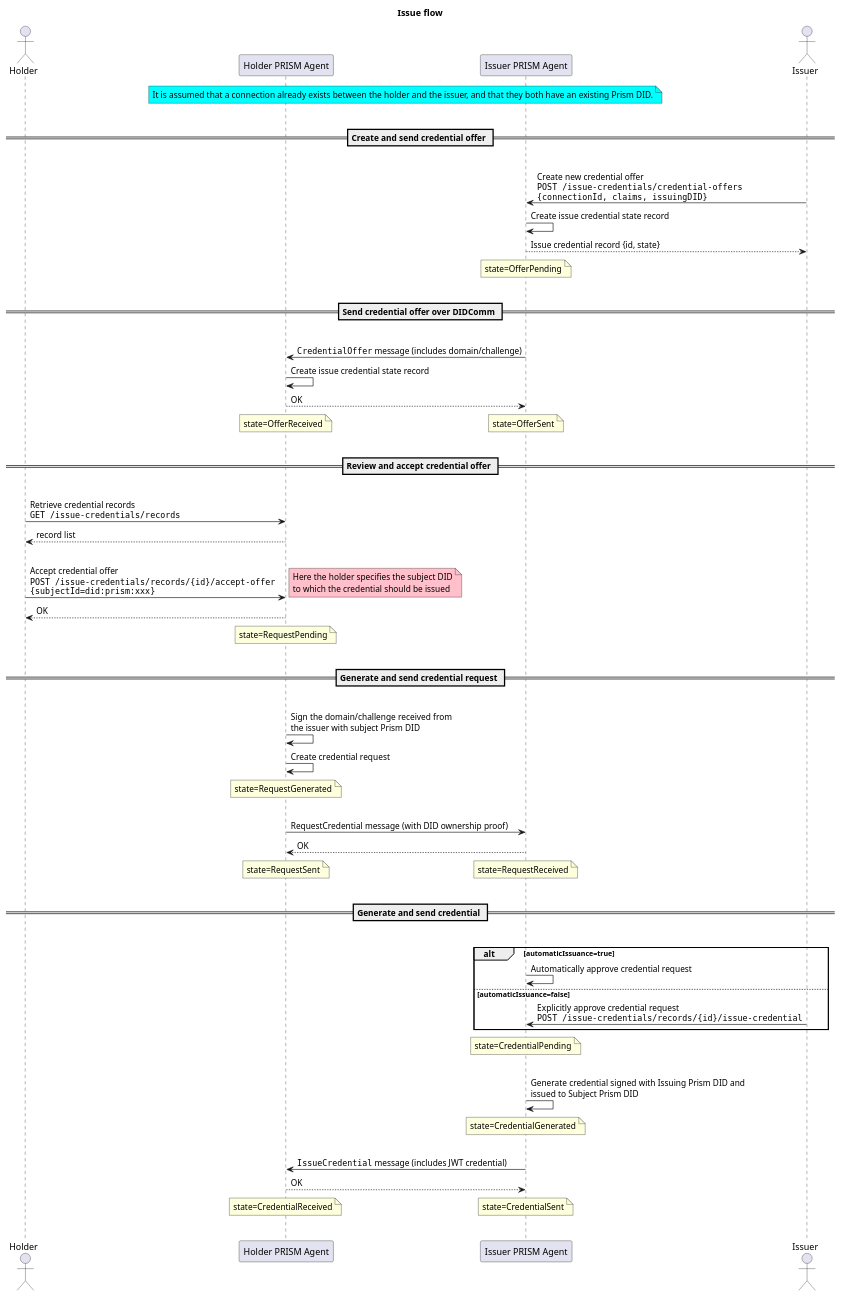
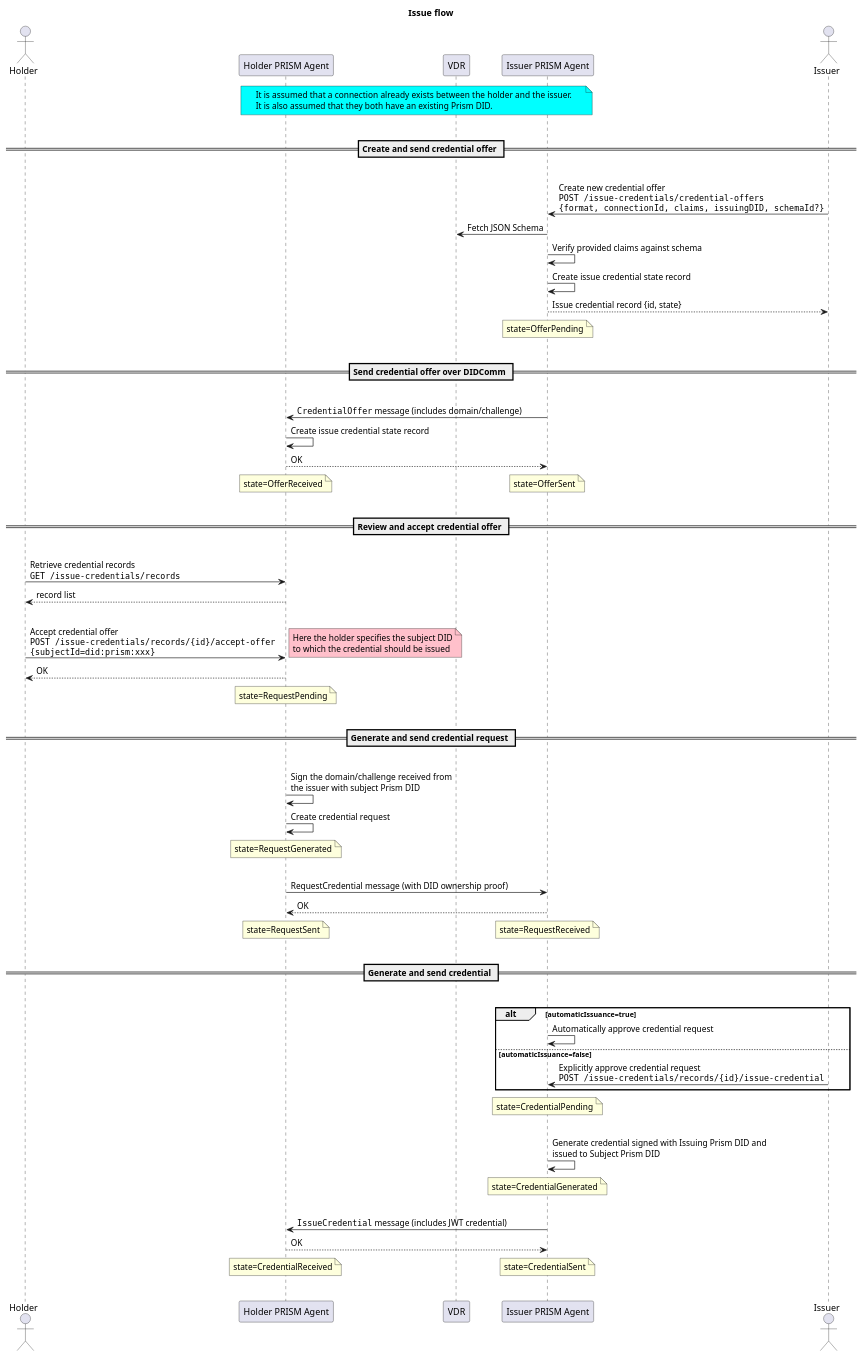
One commit to hyperledger/identus-cloud-agent changed the diagram in docs/docusaurus/credentials/issue-flow.puml. Above: the diagram before and after it, drawn with PlantUML. The commit also changed 4 other files, not shown here.

Commit message:
docs: add AnonCreds samples to the issue tutorial + sequence diagram

```diff
--- a/docs/docusaurus/credentials/issue-flow.puml
+++ b/docs/docusaurus/credentials/issue-flow.puml
@@ -1,70 +1,74 @@
 @startuml
 title Issue flow
 
 actor Holder as holder
 participant "Holder PRISM Agent" as holderAgent
+participant VDR
 participant "Issuer PRISM Agent" as issuerAgent
 actor Issuer as issuer
 
 note over holderAgent, issuerAgent #aqua
-    It is assumed that a connection already exists between the holder and the issuer, and that they both have an existing Prism DID.
+    It is assumed that a connection already exists between the holder and the issuer.
+    It is also assumed that they both have an existing Prism DID.
 end note
 |||
 == Create and send credential offer ==
 |||
-issuer -> issuerAgent: Create new credential offer\n""POST /issue-credentials/credential-offers""\n""{connectionId, claims, issuingDID}""
+issuer -> issuerAgent: Create new credential offer\n""POST /issue-credentials/credential-offers""\n""{format, connectionId, claims, issuingDID, schemaId?}""
+issuerAgent -> VDR: Fetch JSON Schema
+issuerAgent -> issuerAgent: Verify provided claims against schema
 issuerAgent -> issuerAgent: Create issue credential state record
 issuerAgent --> issuer: Issue credential record {id, state}
 note over issuerAgent: state=OfferPending
 |||
 
 == Send credential offer over DIDComm ==
 |||
 issuerAgent -> holderAgent: ""CredentialOffer"" message (includes domain/challenge)
 holderAgent -> holderAgent: Create issue credential state record
 holderAgent --> issuerAgent: OK
 note over holderAgent: state=OfferReceived
 / note over issuerAgent: state=OfferSent
 |||
 
 == Review and accept credential offer ==
 |||
 holder -> holderAgent: Retrieve credential records\n""GET /issue-credentials/records""
 holderAgent --> holder: record list
 |||
 holder -> holderAgent: Accept credential offer\n""POST /issue-credentials/records/{id}/accept-offer""\n""{subjectId=did:prism:xxx}""
 note right #pink: Here the holder specifies the subject DID\nto which the credential should be issued
 holderAgent --> holder: OK
 note over holderAgent: state=RequestPending
 |||
 
 == Generate and send credential request ==
 |||
 holderAgent -> holderAgent: Sign the domain/challenge received from\nthe issuer with subject Prism DID
 holderAgent -> holderAgent: Create credential request
 note over holderAgent: state=RequestGenerated
 |||
 holderAgent -> issuerAgent: RequestCredential message (with DID ownership proof)
 issuerAgent --> holderAgent: OK
 note over holderAgent: state=RequestSent
 / note over issuerAgent: state=RequestReceived
 |||
 
 == Generate and send credential ==
 |||
 alt automaticIssuance=true
 issuerAgent -> issuerAgent: Automatically approve credential request
 else automaticIssuance=false
 issuer -> issuerAgent: Explicitly approve credential request\n""POST /issue-credentials/records/{id}/issue-credential""
 end
 note over issuerAgent: state=CredentialPending
 |||
 issuerAgent -> issuerAgent: Generate credential signed with Issuing Prism DID and\nissued to Subject Prism DID
 note over issuerAgent: state=CredentialGenerated
 |||
 issuerAgent -> holderAgent: ""IssueCredential"" message (includes JWT credential)
 holderAgent --> issuerAgent: OK
 note over issuerAgent: state=CredentialSent
 / note over holderAgent: state=CredentialReceived
 |||
 @enduml
```
